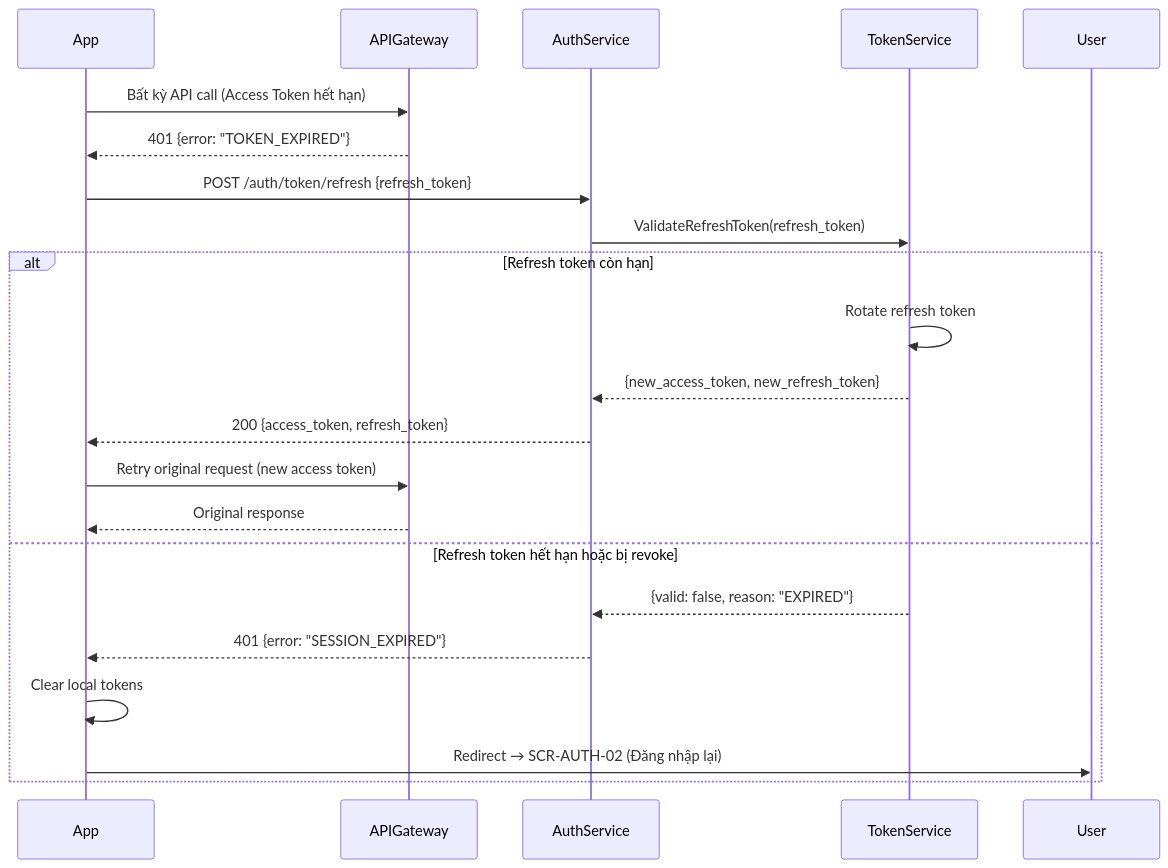
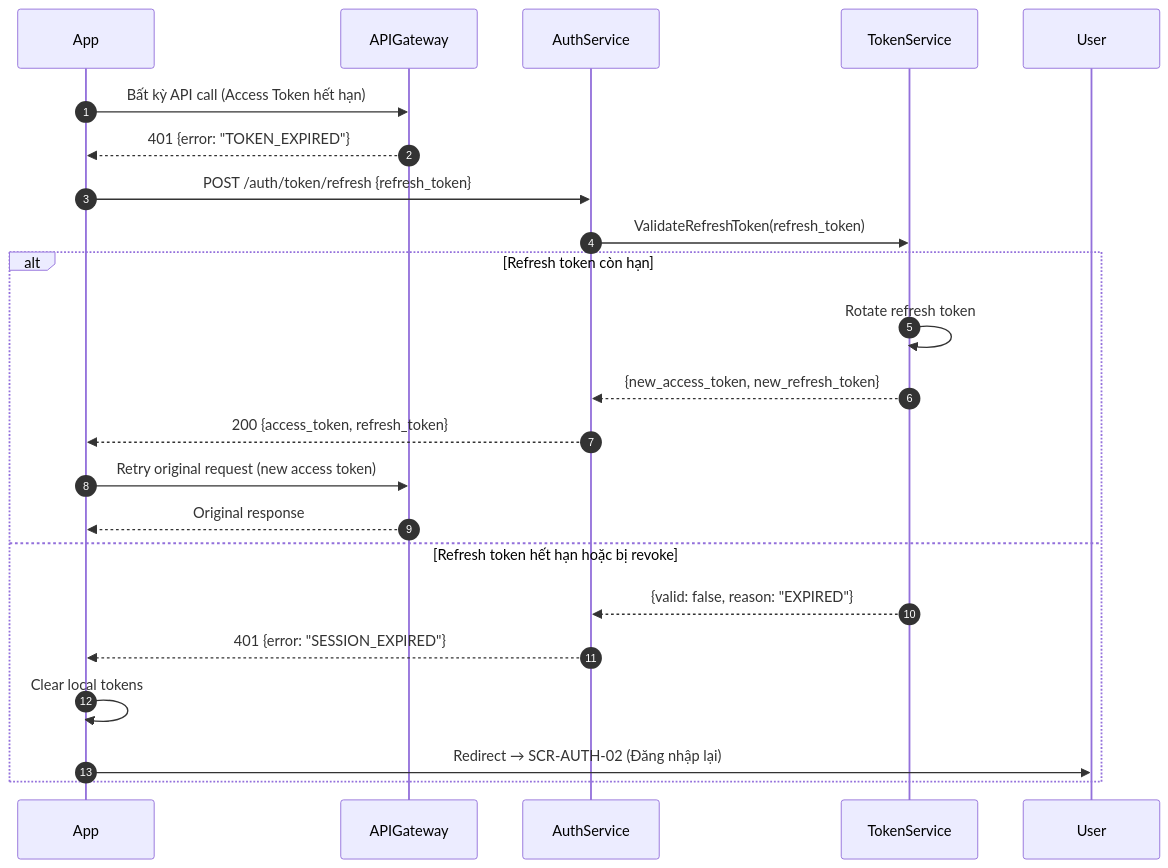
Before and after one commit to NDChinh36/ba-portfolio: the sixth of 6 diagrams in projects/ewallet/auth.mdx, drawn with Mermaid.

Commit message:
auto: update auth.mdx

````diff
--- a/projects/ewallet/auth.mdx
+++ b/projects/ewallet/auth.mdx
@@ -290,27 +290,28 @@
 ```mermaid
 sequenceDiagram
+    autonumber
     participant App
     participant APIGateway
     participant AuthService
     participant TokenService
 
     App->>APIGateway: Bất kỳ API call (Access Token hết hạn)
     APIGateway-->>App: 401 {error: "TOKEN_EXPIRED"}
 
     App->>AuthService: POST /auth/token/refresh {refresh_token}
     AuthService->>TokenService: ValidateRefreshToken(refresh_token)
 
     alt Refresh token còn hạn
         TokenService->>TokenService: Rotate refresh token
         TokenService-->>AuthService: {new_access_token, new_refresh_token}
         AuthService-->>App: 200 {access_token, refresh_token}
         App->>APIGateway: Retry original request (new access token)
         APIGateway-->>App: Original response
 
     else Refresh token hết hạn hoặc bị revoke
         TokenService-->>AuthService: {valid: false, reason: "EXPIRED"}
         AuthService-->>App: 401 {error: "SESSION_EXPIRED"}
         App->>App: Clear local tokens
         App->>User: Redirect → SCR-AUTH-02 (Đăng nhập lại)
     end
 ```
````
